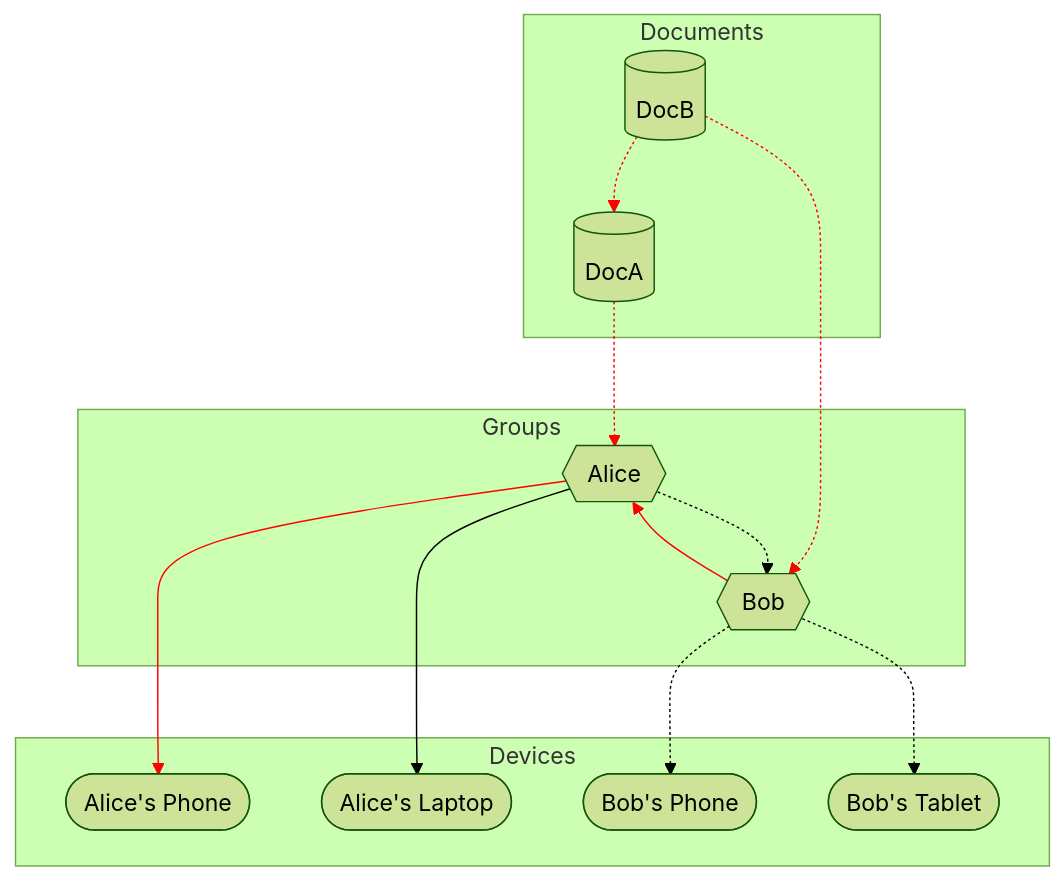
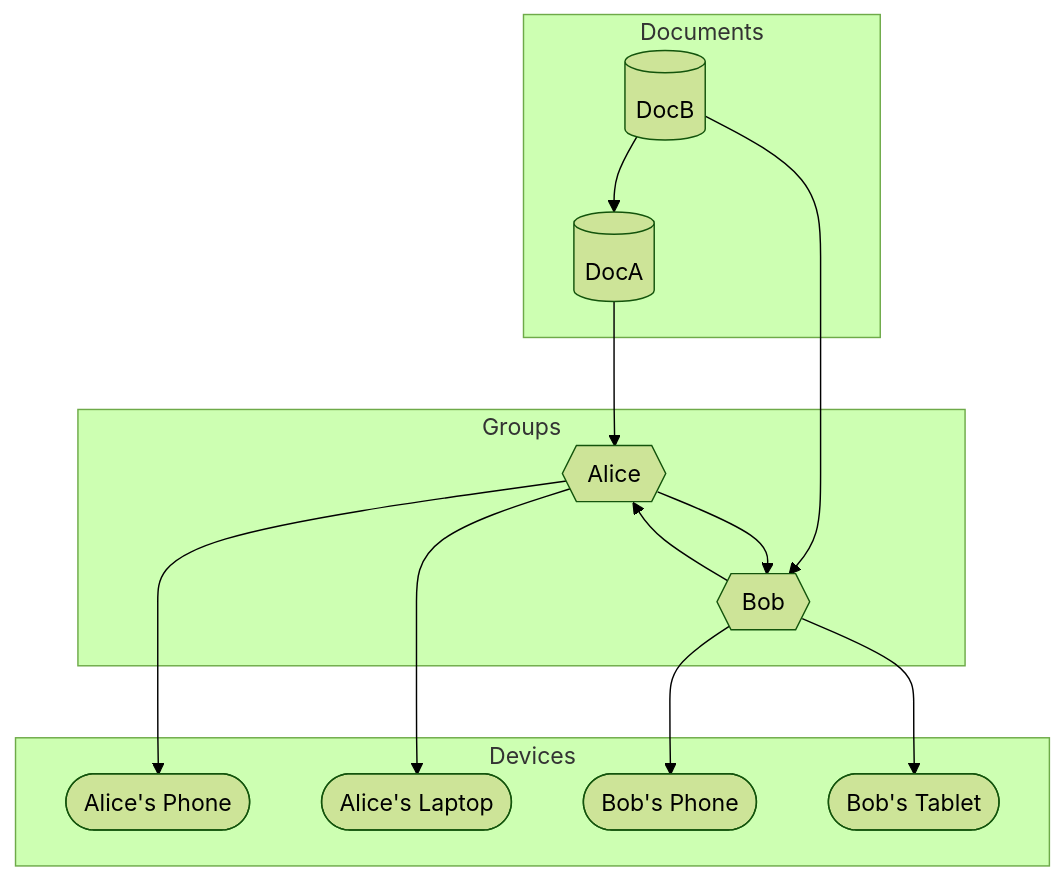
The third of 5 diagrams in design/collection_sync.md (inkandswitch/keyhive), drawn with Mermaid (forest theme) before and after one commit. The commit also changed other lines of this file, not shown here.

````diff
--- a/design/collection_sync.md
+++ b/design/collection_sync.md
@@ -144,35 +144,33 @@
 ```mermaid
 flowchart
     subgraph Documents
         docA[("DocA")]
         docB[("DocB")]
     end
 
     subgraph Groups
         bob{{"Bob"}}
         alice{{"Alice"}}
     end
 
     subgraph Devices
         alice_phone(["Alice's Phone"])
         alice_laptop(["Alice's Laptop"])
         
         bob_phone(["Bob's Phone"])
         bob_tablet(["Bob's Tablet"])
     end
 
-    docB -.-> docA
-    docA -.-> alice
-    docB -.-> bob
+    docB --> docA
+    docA --> alice
+    docB --> bob
 
-    alice -.-> bob
+    alice --> bob
     bob --> alice
 
     alice --> alice_phone
     alice --> alice_laptop
 
-    bob -.-> bob_phone
-    bob -.-> bob_tablet
-
-    linkStyle 0,1,2,4,5 stroke:red;
+    bob --> bob_phone
+    bob --> bob_tablet
 ```
````
